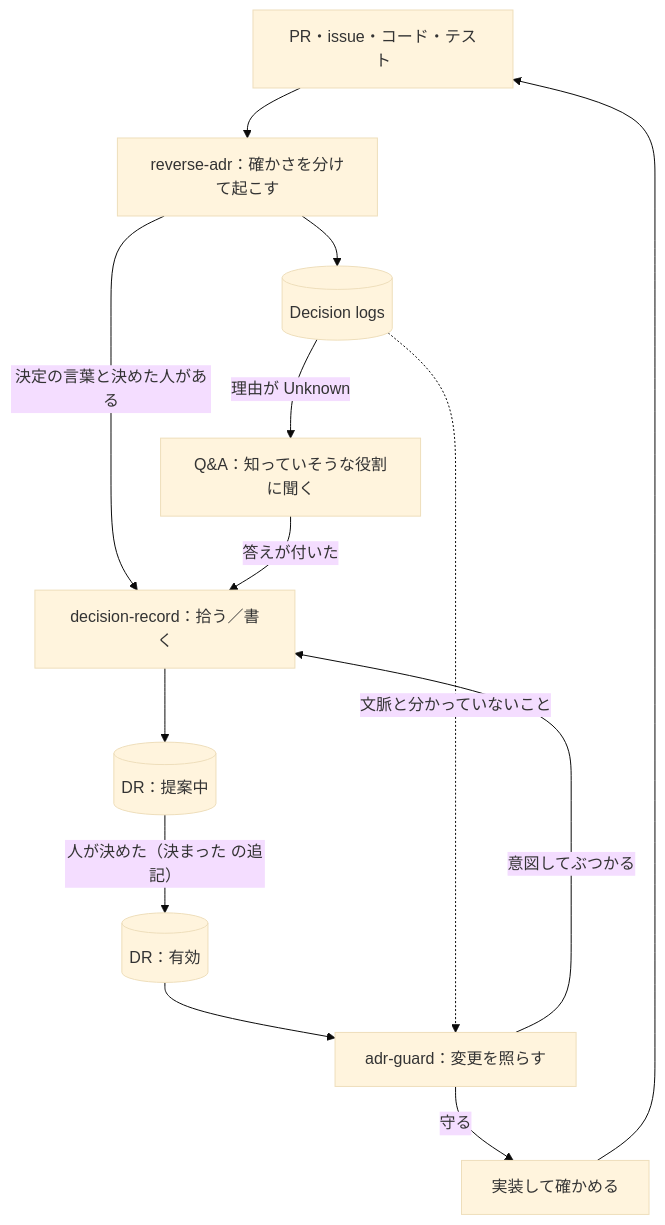
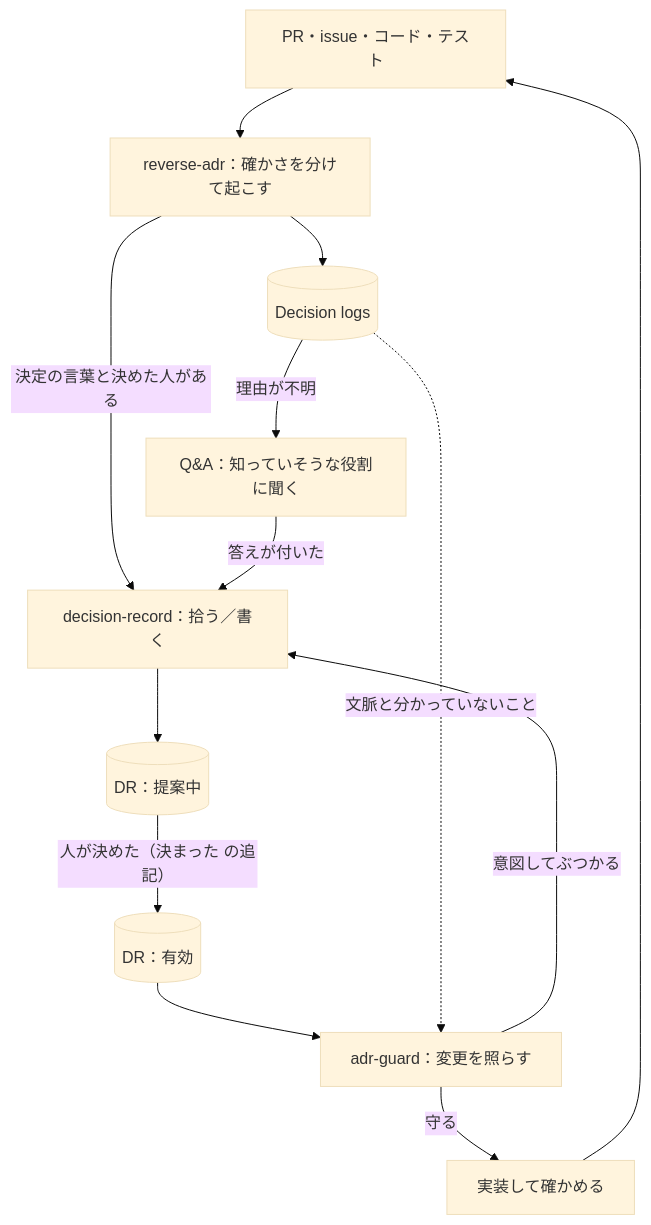
Before and after one commit to MichinaoShimizu/decision-continuity: the diagram in adr/guide.md, drawn with Mermaid (base theme). The commit also changed 5 other files, not shown here.

````diff
--- a/adr/guide.md
+++ b/adr/guide.md
@@ -19,15 +19,15 @@
 ```mermaid
 flowchart TD
     S["PR・issue・コード・テスト"] --> R["reverse-adr：確かさを分けて起こす"]
     R --> L[("Decision logs")]
     R -- "決定の言葉と決めた人がある" --> P
-    L -- "理由が Unknown" --> Q["Q&A：知っていそうな役割に聞く"]
+    L -- "理由が不明" --> Q["Q&A：知っていそうな役割に聞く"]
     Q -- "答えが付いた" --> P["decision-record：拾う／書く"]
     P --> D[("DR：提案中")]
     D -- "人が決めた（決まった の追記）" --> A[("DR：有効")]
     A --> G["adr-guard：変更を照らす"]
     L -. "文脈と分かっていないこと" .-> G
     G -- "守る" --> I["実装して確かめる"]
     G -- "意図してぶつかる" --> P
     I --> S
 ```
````
